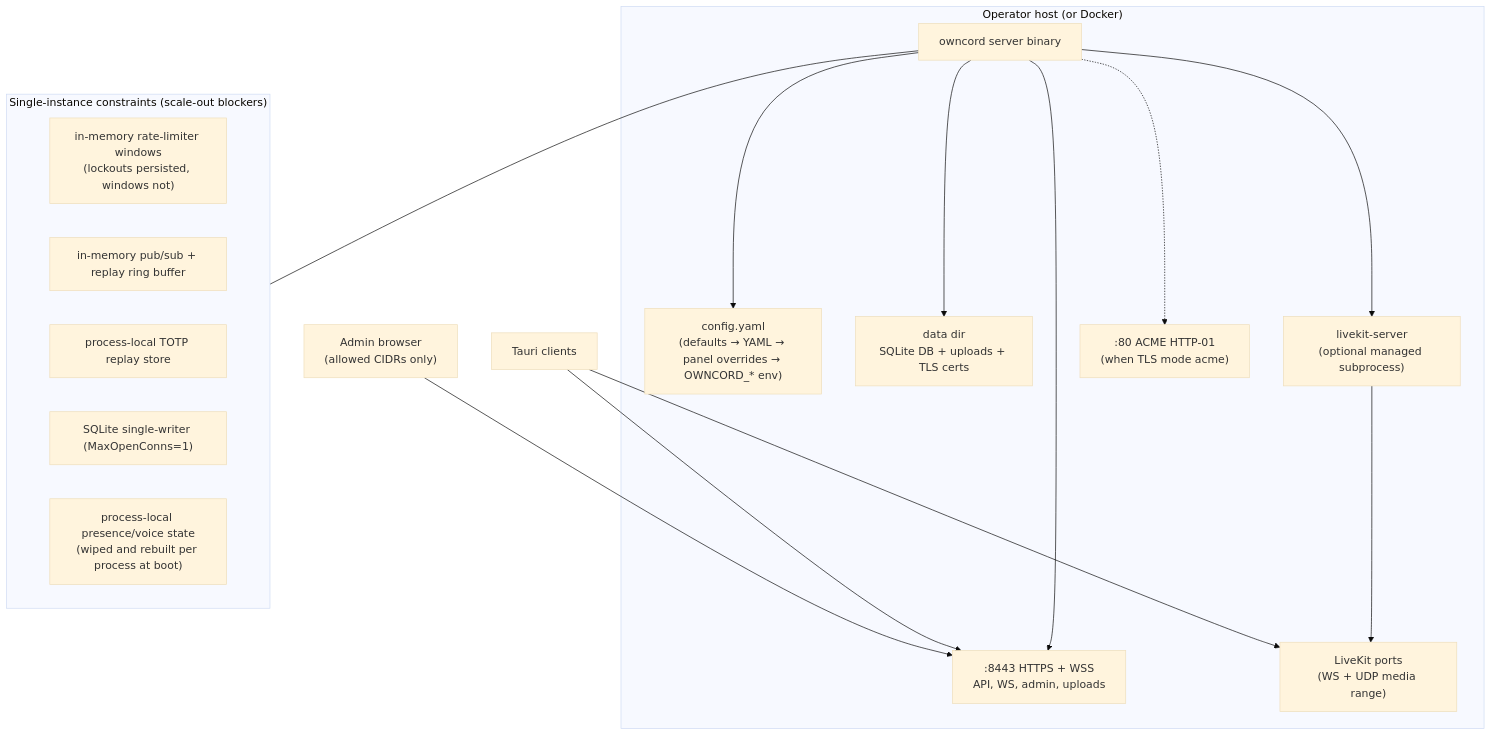
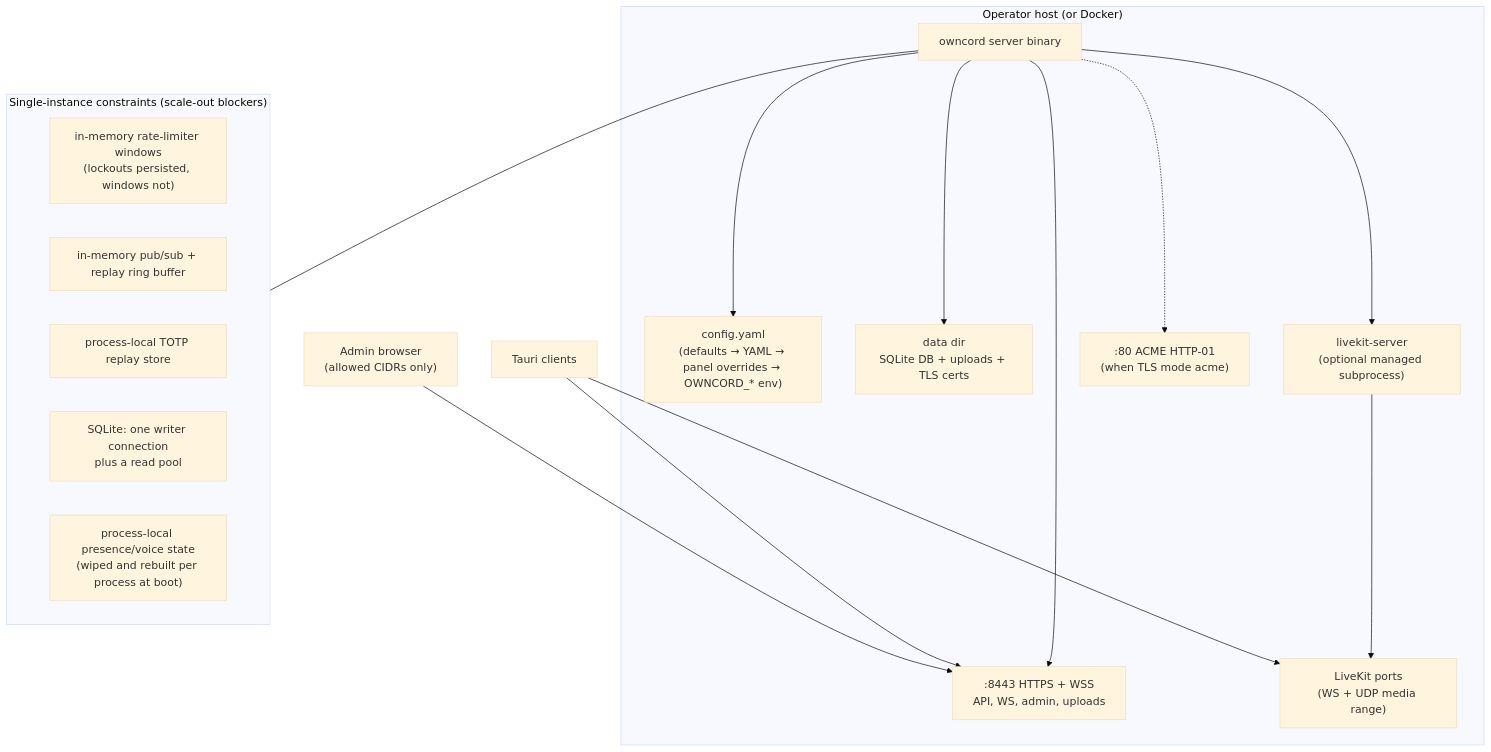
The second of 2 diagrams in docs/architecture/system-overview.md (J3vb/OwnCord), drawn with Mermaid (base theme) before and after one commit. The commit also changed other lines of this file and 15 other files, not shown here.

First line of the commit message:
docs(architecture): refresh reference docs against dev and simplify wording (#2343)

````diff
--- a/docs/architecture/system-overview.md
+++ b/docs/architecture/system-overview.md
@@ -61,25 +84,25 @@
 ```mermaid
 flowchart TB
     subgraph hostbox ["Operator host (or Docker)"]
         BIN["owncord server binary"]
         BIN --> CFGF["config.yaml<br/>(defaults → YAML → panel overrides → OWNCORD_* env)"]
         BIN --> DATA["data dir<br/>SQLite DB + uploads + TLS certs"]
         BIN --> LKPROC["livekit-server<br/>(optional managed subprocess)"]
         BIN --> P1[":8443 HTTPS + WSS<br/>API, WS, admin, uploads"]
         BIN -.-> P80[":80 ACME HTTP-01<br/>(when TLS mode acme)"]
         LKPROC --> P2["LiveKit ports<br/>(WS + UDP media range)"]
     end
 
     C1["Tauri clients"] --> P1
     C1 --> P2
     ADMB["Admin browser<br/>(allowed CIDRs only)"] --> P1
 
     subgraph constraints ["Single-instance constraints (scale-out blockers)"]
         R1["in-memory rate-limiter windows<br/>(lockouts persisted, windows not)"]
         R2["in-memory pub/sub + replay ring buffer"]
         R3["process-local TOTP replay store"]
-        R4["SQLite single-writer (MaxOpenConns=1)"]
+        R4["SQLite: one writer connection<br/>plus a read pool"]
         R5["process-local presence/voice state<br/>(wiped and rebuilt per process at boot)"]
     end
     BIN --- constraints
 ```
````
